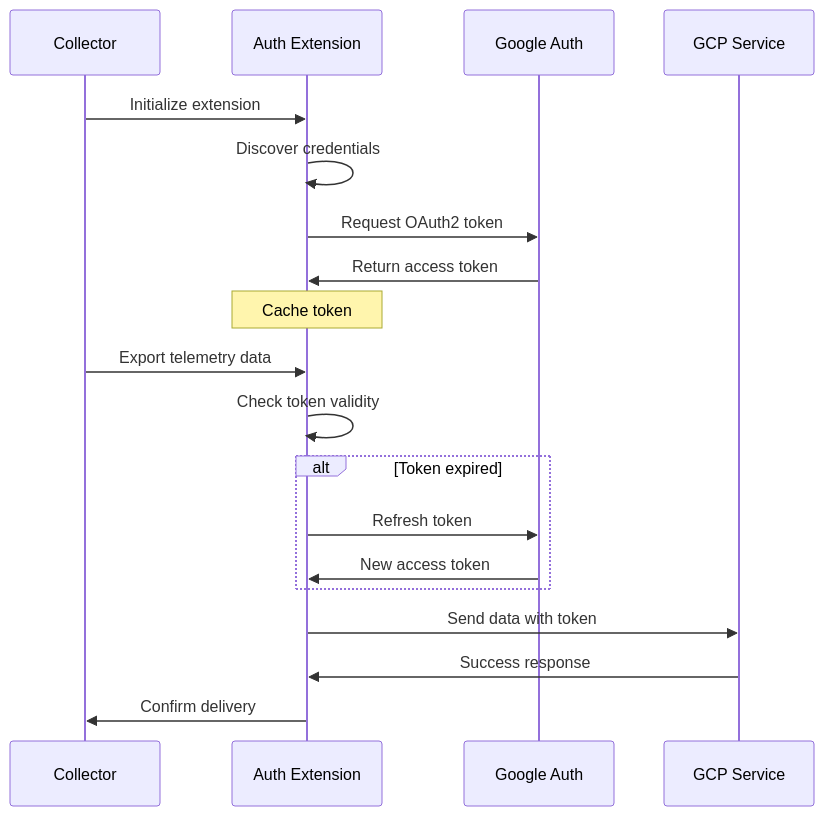
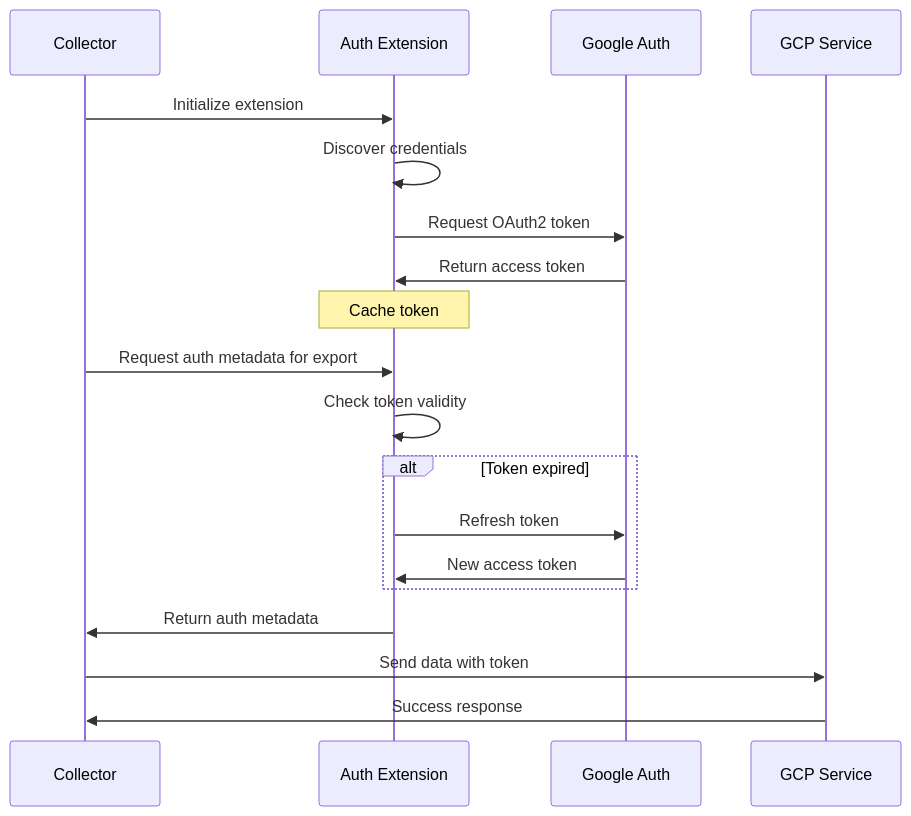
Before and after one commit to OneUptime/blog: the diagram in posts/2026-02-06-google-client-auth-extension-opentelemetry-collector/README.md, drawn with Mermaid. The commit also changed other lines of this file and 2 other files, not shown here.

Commit message:
validate: 2026-02-06-google-client-auth-extension-opentelemetry-collector

````diff
--- a/posts/2026-02-06-google-client-auth-extension-opentelemetry-collector/README.md
+++ b/posts/2026-02-06-google-client-auth-extension-opentelemetry-collector/README.md
@@ -185,23 +190,23 @@
 ```mermaid
 sequenceDiagram
     participant C as Collector
     participant E as Auth Extension
     participant G as Google Auth
     participant S as GCP Service
 
     C->>E: Initialize extension
     E->>E: Discover credentials
     E->>G: Request OAuth2 token
     G->>E: Return access token
     Note over E: Cache token
 
-    C->>E: Export telemetry data
+    C->>E: Request auth metadata for export
     E->>E: Check token validity
     alt Token expired
         E->>G: Refresh token
         G->>E: New access token
     end
-    E->>S: Send data with token
-    S->>E: Success response
-    E->>C: Confirm delivery
+    E->>C: Return auth metadata
+    C->>S: Send data with token
+    S->>C: Success response
 ```
````
